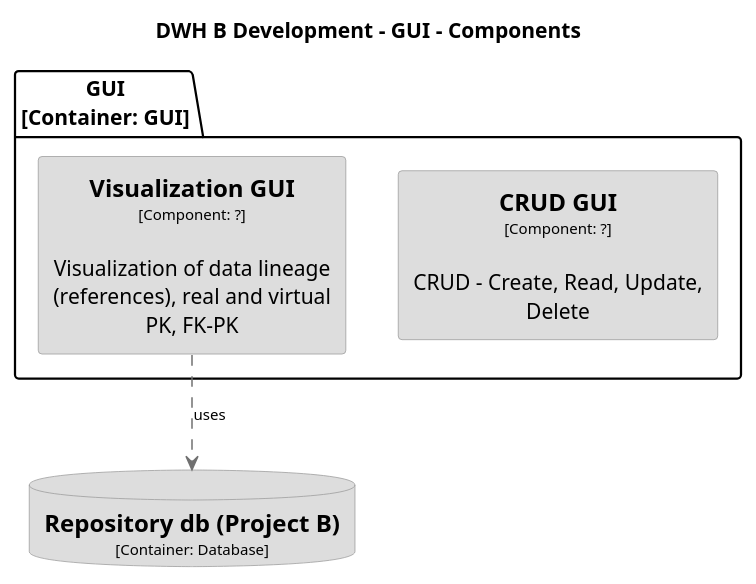
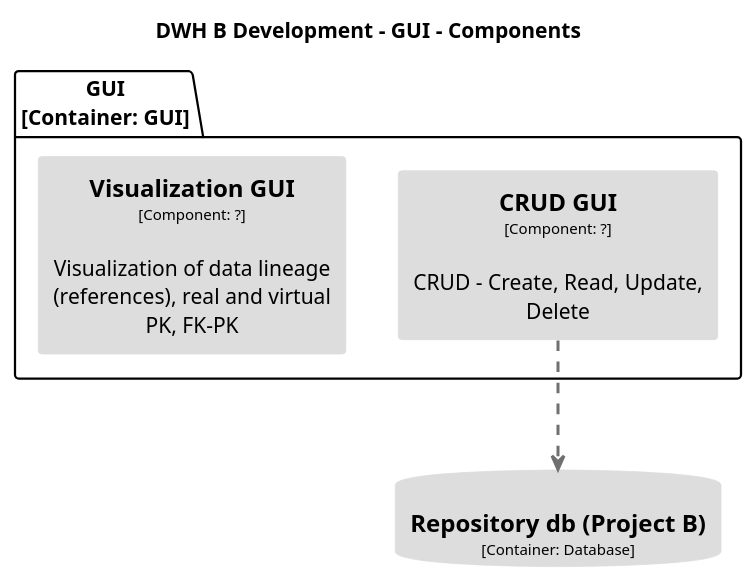
The diagram in docs/modules/arc/partials/c4_dsl/puml/structurizr-DWHBDevelopment-GUI-Component.puml (DataHandwerk/dhw-antora-docs), drawn with PlantUML before and after one commit. The commit also changed 2689 other files, not shown here.

```diff
--- a/docs/modules/arc/partials/c4_dsl/puml/structurizr-DWHBDevelopment-GUI-Component.puml
+++ b/docs/modules/arc/partials/c4_dsl/puml/structurizr-DWHBDevelopment-GUI-Component.puml
@@ -1,34 +1,34 @@
 @startuml(id=DWHBDevelopment-GUI-Component)
 title DWH B Development - GUI - Components
 
 skinparam {
   shadowing false
   arrowFontSize 10
   defaultTextAlignment center
   wrapWidth 200
   maxMessageSize 100
 }
 hide stereotype
 top to bottom direction
 skinparam rectangle<<23>> {
   BackgroundColor #dddddd
   FontColor #000000
-  BorderColor #9A9A9A
+  BorderColor #dddddd
 }
 skinparam rectangle<<24>> {
   BackgroundColor #dddddd
   FontColor #000000
-  BorderColor #9A9A9A
+  BorderColor #dddddd
 }
 skinparam database<<5>> {
   BackgroundColor #dddddd
   FontColor #000000
-  BorderColor #9A9A9A
+  BorderColor #dddddd
 }
 database "==Repository db (Project B)\n<size:10>[Container: Database]</size>" <<5>> as 5
 package "GUI\n[Container: GUI]" {
   rectangle "==CRUD GUI\n<size:10>[Component: ?]</size>\n\nCRUD - Create, Read, Update, Delete" <<24>> as 24
   rectangle "==Visualization GUI\n<size:10>[Component: ?]</size>\n\nVisualization of data lineage (references), real and virtual PK, FK-PK" <<23>> as 23
 }
-23 .[#707070].> 5 : "uses"
+24 .[#707070,thickness=2].> 5 : ""
 @enduml
```
